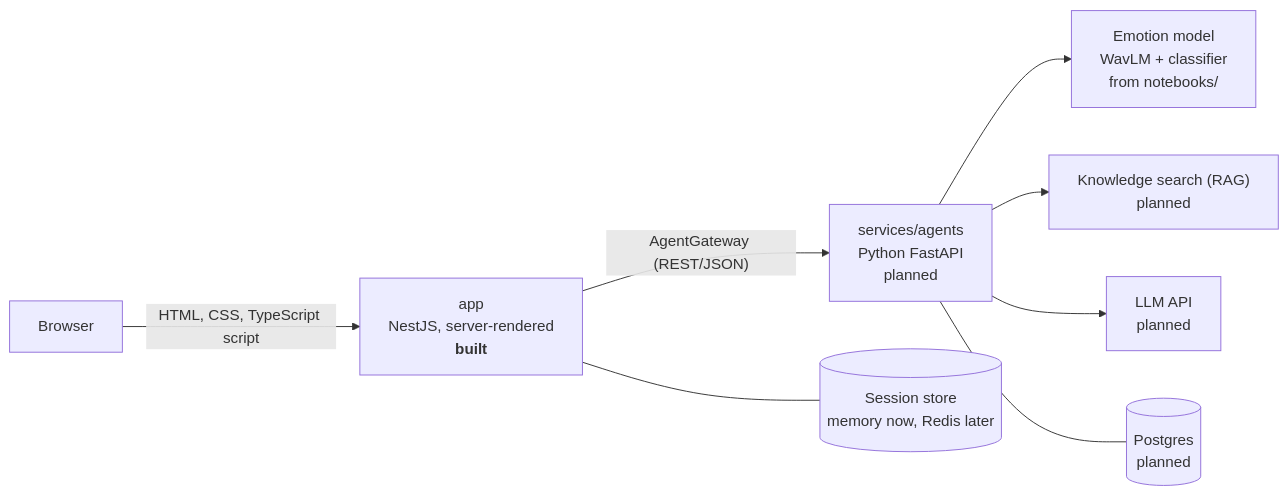
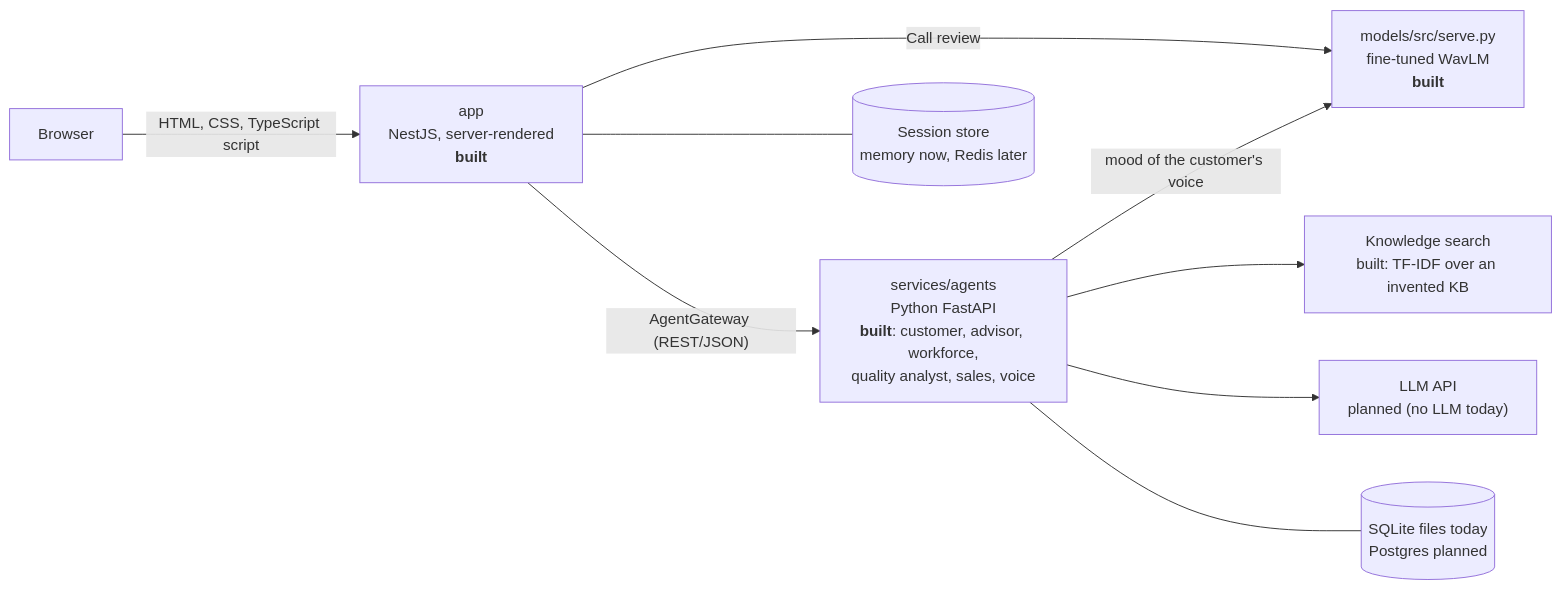
One commit to boufadenghassen/callverse-app changed the diagram in ARCHITECTURE.md. Above: the diagram before and after it, drawn with Mermaid. The commit also changed other lines of this file and 11 other files, not shown here.

````diff
--- a/ARCHITECTURE.md
+++ b/ARCHITECTURE.md
@@ -7,10 +8,11 @@
 ```mermaid
 flowchart LR
   B[Browser] -->|HTML, CSS, TypeScript script| W["app<br/>NestJS, server-rendered<br/><b>built</b>"]
-  W -->|"AgentGateway (REST/JSON)"| A["services/agents<br/>Python FastAPI<br/>planned"]
-  A --> E["Emotion model<br/>WavLM + classifier<br/>from notebooks/"]
-  A --> R["Knowledge search (RAG)<br/>planned"]
-  A --> L["LLM API<br/>planned"]
+  W -->|"AgentGateway (REST/JSON)"| A["services/agents<br/>Python FastAPI<br/><b>built</b>: customer, advisor, workforce,<br/>quality analyst, sales, voice"]
+  W -->|"Call review"| E["models/src/serve.py<br/>fine-tuned WavLM<br/><b>built</b>"]
+  A -->|"mood of the customer's voice"| E
+  A --> R["Knowledge search<br/>built: TF-IDF over an invented KB"]
+  A --> L["LLM API<br/>planned (no LLM today)"]
   W --- S[("Session store<br/>memory now, Redis later")]
-  A --- D[("Postgres<br/>planned")]
+  A --- D[("SQLite files today<br/>Postgres planned")]
 ```
````
